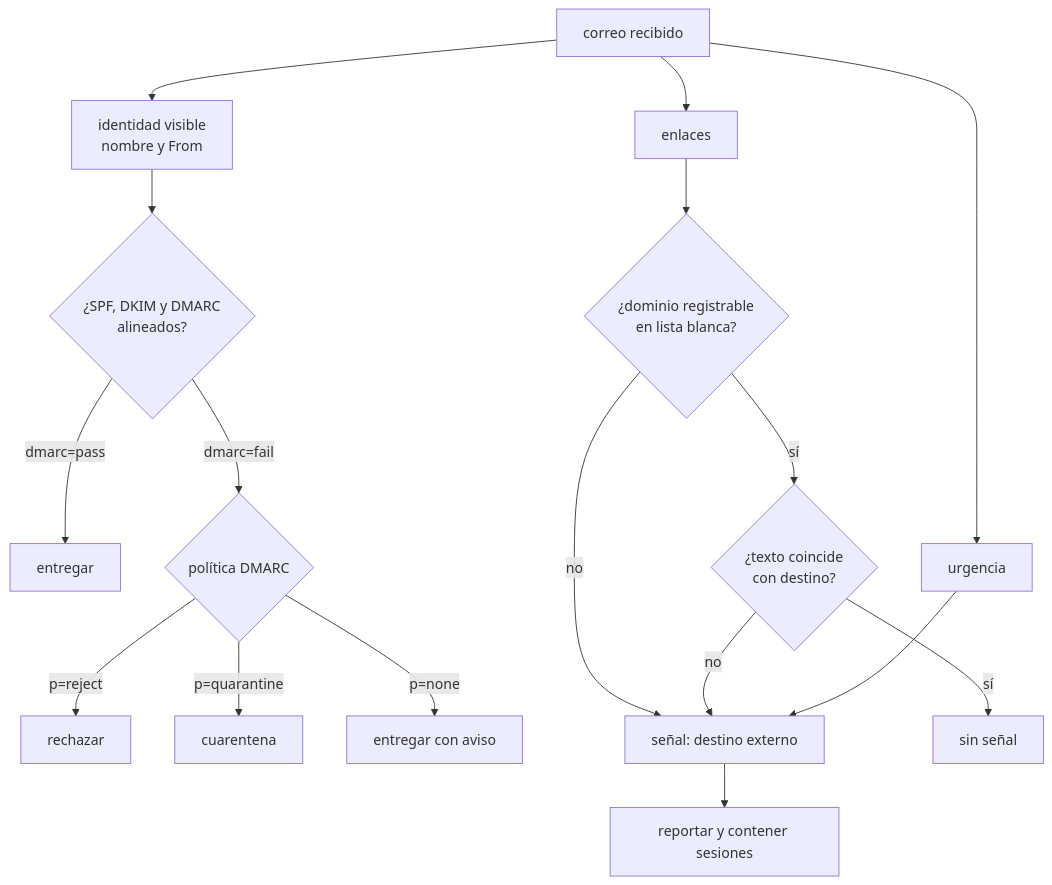
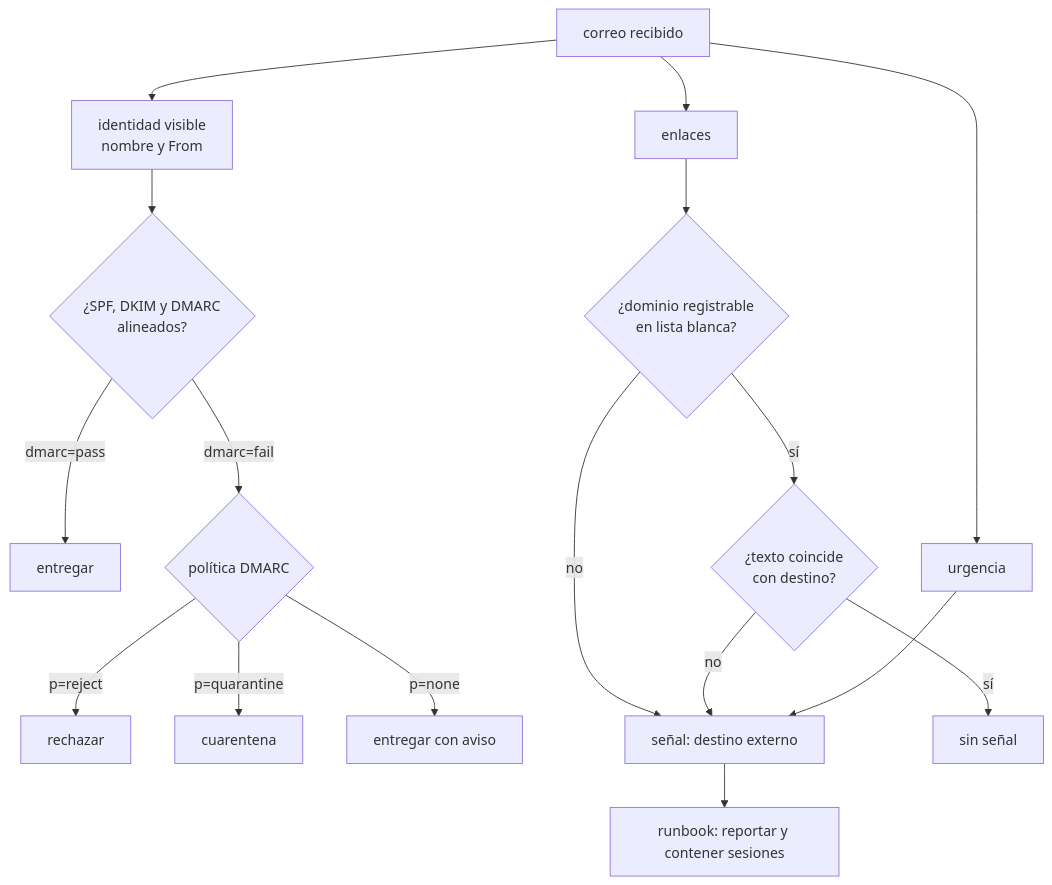
Before and after one commit to NICORUIZ93/The_Imperial_Book: the fifth of 5 diagrams in web/public/content/foundations/modulo-6.md, drawn with Mermaid. The commit also changed other lines of this file and 1 other file, not shown here.

````diff
--- a/web/public/content/foundations/modulo-6.md
+++ b/web/public/content/foundations/modulo-6.md
@@ -619,18 +2025,18 @@
 ```mermaid
 flowchart TD
     C["correo recibido"] --> ID["identidad visible<br/>nombre y From"]
     ID --> AUTH{"¿SPF, DKIM y DMARC<br/>alineados?"}
     AUTH -->|"dmarc=pass"| OK["entregar"]
     AUTH -->|"dmarc=fail"| POL{"política DMARC"}
     POL -->|"p=reject"| REJ["rechazar"]
     POL -->|"p=quarantine"| Q["cuarentena"]
     POL -->|"p=none"| WARN["entregar con aviso"]
     C --> URL["enlaces"]
     URL --> REG{"¿dominio registrable<br/>en lista blanca?"}
     REG -->|"no"| ALERT["señal: destino externo"]
     REG -->|"sí"| TEXT{"¿texto coincide<br/>con destino?"}
     TEXT -->|"no"| ALERT
     TEXT -->|"sí"| CLEAN["sin señal"]
     C --> URG["urgencia"] --> ALERT
-    ALERT --> REP["reportar y contener sesiones"]
+    ALERT --> REP["runbook: reportar y contener sesiones"]
 ```
````
